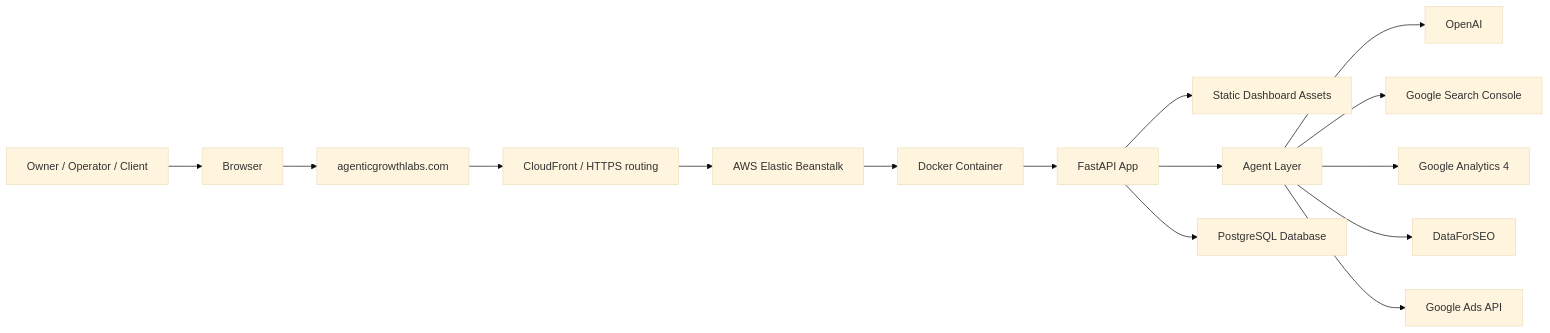
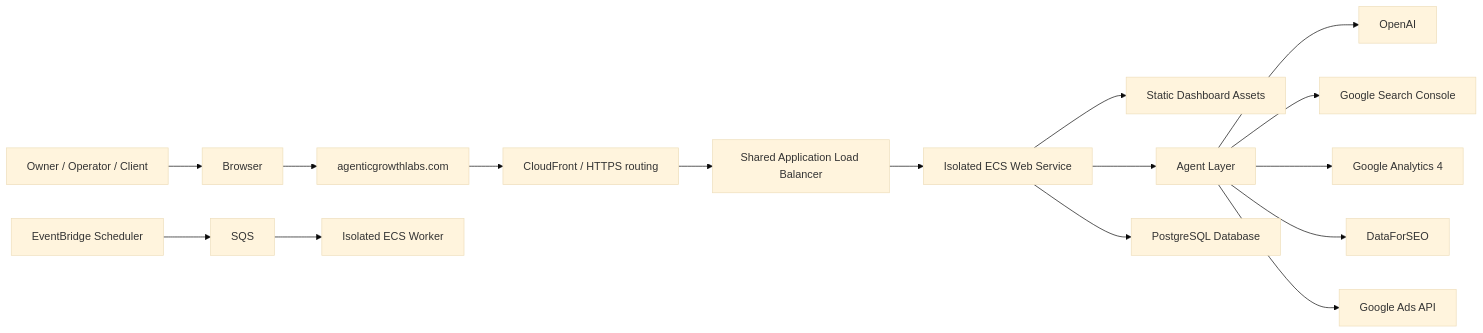
One commit to Mriganka10/Marketing-Agent changed the first of 5 diagrams in docs/ARCHITECTURE_DEEP_DIVE.md. Above: the diagram before and after it, drawn with Mermaid (base theme). The commit also changed other lines of this file and 12 other files, not shown here.

Commit message:
docs: describe shared ECS production architecture

````diff
--- a/docs/ARCHITECTURE_DEEP_DIVE.md
+++ b/docs/ARCHITECTURE_DEEP_DIVE.md
@@ -7,17 +7,18 @@
 ```mermaid
 flowchart LR
     User["Owner / Operator / Client"] --> Browser["Browser"]
     Browser --> Domain["agenticgrowthlabs.com"]
     Domain --> CDN["CloudFront / HTTPS routing"]
-    CDN --> EB["AWS Elastic Beanstalk"]
-    EB --> Docker["Docker Container"]
-    Docker --> FastAPI["FastAPI App"]
+    CDN --> ALB["Shared Application Load Balancer"]
+    ALB --> FastAPI["Isolated ECS Web Service"]
+    Scheduler["EventBridge Scheduler"] --> SQS["SQS"]
+    SQS --> Worker["Isolated ECS Worker"]
     FastAPI --> UI["Static Dashboard Assets"]
     FastAPI --> Agents["Agent Layer"]
     FastAPI --> DB["PostgreSQL Database"]
     Agents --> OpenAI["OpenAI"]
     Agents --> GSC["Google Search Console"]
     Agents --> GA4["Google Analytics 4"]
     Agents --> DataForSEO["DataForSEO"]
     Agents --> GoogleAds["Google Ads API"]
 ```
````
